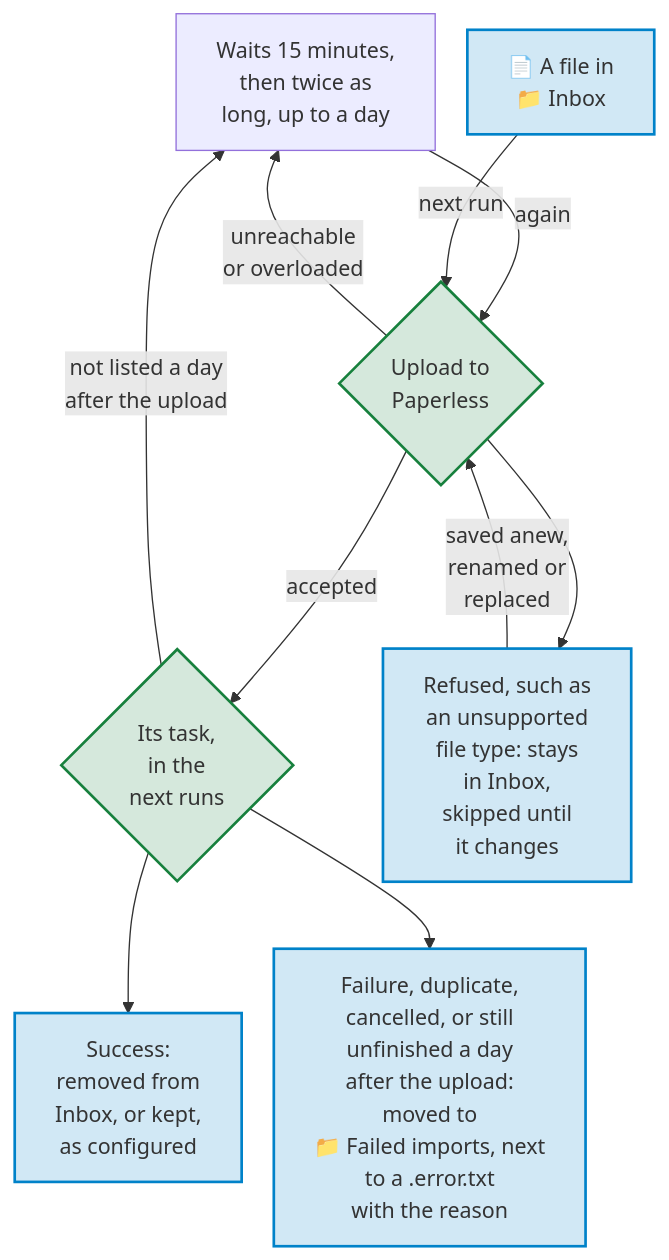
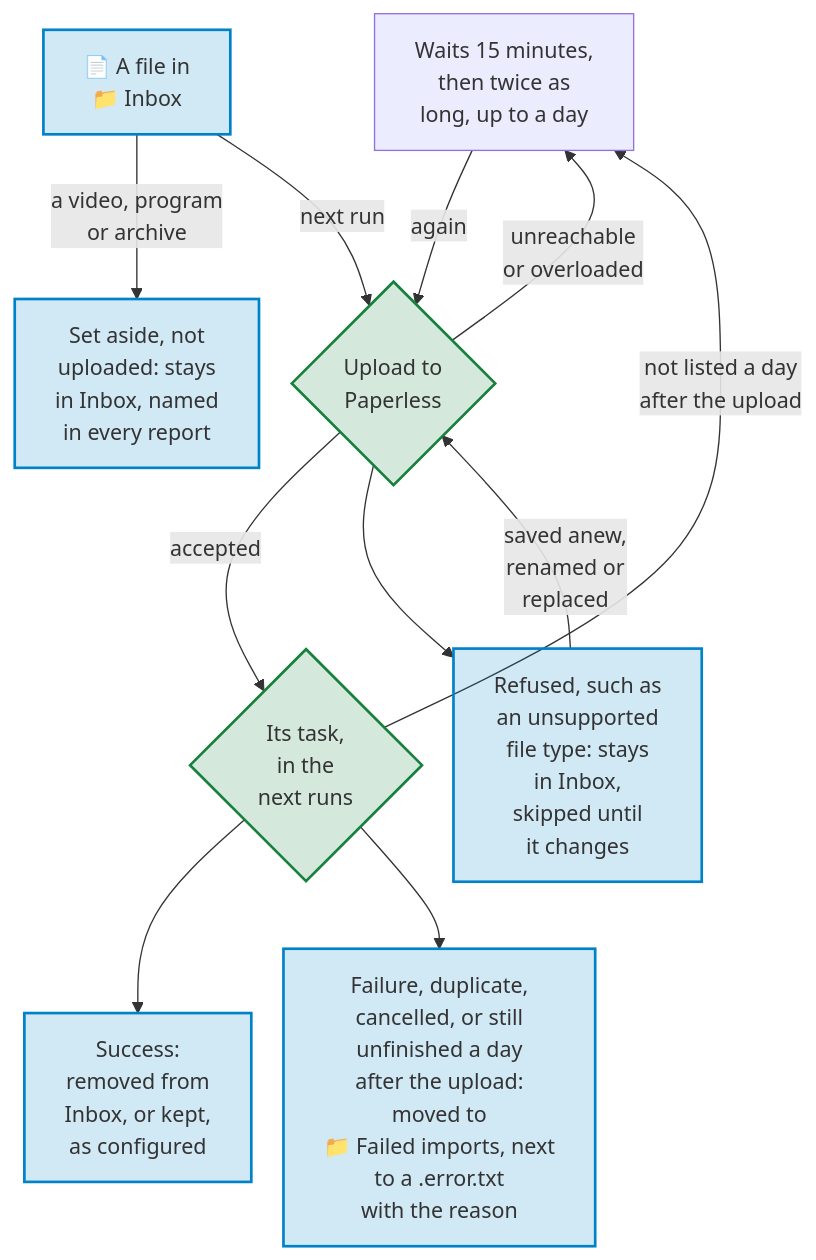
One commit to Dennis-Otto/paperless-sync changed the diagram in docs/diagrams/the-way-of-a-file-from-the-inbox-to-paperless.mmd. Above: the diagram before and after it, drawn with Mermaid. The commit also changed 38 other files, not shown here.

First line of the commit message:
feat: the inbox sets aside videos, programs and archives instead of uploading them (#301)

```diff
--- a/docs/diagrams/the-way-of-a-file-from-the-inbox-to-paperless.mmd
+++ b/docs/diagrams/the-way-of-a-file-from-the-inbox-to-paperless.mmd
@@ -1,32 +1,34 @@
 ---
 config:
   flowchart:
     nodeSpacing: 24
 ---
 flowchart TB
     accTitle: The way of a file from the inbox to Paperless
-    accDescr: In the next run, a file in the folder Inbox is uploaded to Paperless. When Paperless is unreachable or overloaded, the file waits 15 minutes, then twice as long each time, up to a day, and is uploaded again. When Paperless refuses it, such as a file of an unsupported type, it stays in Inbox and is skipped until it is saved anew, renamed or replaced. When Paperless accepts it, the next runs follow its Paperless task while it is running: after success, the file is removed from Inbox or kept, as configured; after a failure, a duplicate or a cancelled task, it moves to the folder Failed imports, next to a .error.txt with the reason. A day after the upload, a file whose content Paperless has counts as imported; a task that Paperless still lists unfinished moves the file to Failed imports, so that a second upload can't make a duplicate; and a task that Paperless doesn't list sends the file to the wait as well, and it is uploaded again.
+    accDescr: A video, a program or an archive stays in the folder Inbox, and the report of every run names it as set aside. In the next run, any other file in the folder Inbox is uploaded to Paperless. When Paperless is unreachable or overloaded, the file waits 15 minutes, then twice as long each time, up to a day, and is uploaded again. When Paperless refuses it, such as a file of an unsupported type, it stays in Inbox and is skipped until it is saved anew, renamed or replaced. When Paperless accepts it, the next runs follow its Paperless task while it is running: after success, the file is removed from Inbox or kept, as configured; after a failure, a duplicate or a cancelled task, it moves to the folder Failed imports, next to a .error.txt with the reason. A day after the upload, a file whose content Paperless has counts as imported; a task that Paperless still lists unfinished moves the file to Failed imports, so that a second upload can't make a duplicate; and a task that Paperless doesn't list sends the file to the wait as well, and it is uploaded again.
 
     %% The wait takes the uploads that failed for a time and the tasks without an end back to the upload.
     retry["Waits 15 minutes,<br>then twice as<br>long, up to a day"]
     file["📄 A file in<br>📁 Inbox"]
+    aside["Set aside, not<br>uploaded: stays<br>in Inbox, named<br>in every report"]
     upload{"Upload to<br>Paperless"}
     task{"Its task,<br>in the<br>next runs"}
     refused["Refused, such as<br>an unsupported<br>file type: stays<br>in Inbox,<br>skipped until<br>it changes"]
     done["Success:<br>removed from<br>Inbox, or kept,<br>as configured"]
     failed["Failure, duplicate,<br>cancelled, or still<br>unfinished a day<br>after the upload:<br>moved to<br>📁 Failed imports, next<br>to a .error.txt<br>with the reason"]
 
     retry -- "again" --> upload
+    file -- "a video, program<br>or archive" --> aside
     file -- "next run" --> upload
     upload -- "unreachable<br>or overloaded" --> retry
     upload -- "accepted" --> task
     upload --> refused
     refused -- "saved anew,<br>renamed or<br>replaced" --> upload
     task --> done
     task --> failed
     task -- "not listed a day<br>after the upload" --> retry
 
     classDef nextcloud fill:#0082c92e,stroke:#0082c9,stroke-width:2px
     classDef paperless fill:#17803d2e,stroke:#17803d,stroke-width:2px
-    class file,refused,done,failed nextcloud
+    class file,aside,refused,done,failed nextcloud
     class upload,task paperless
```
